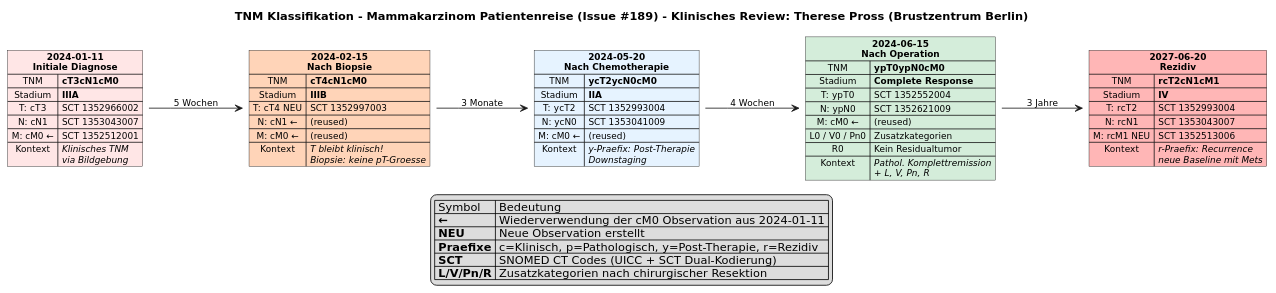
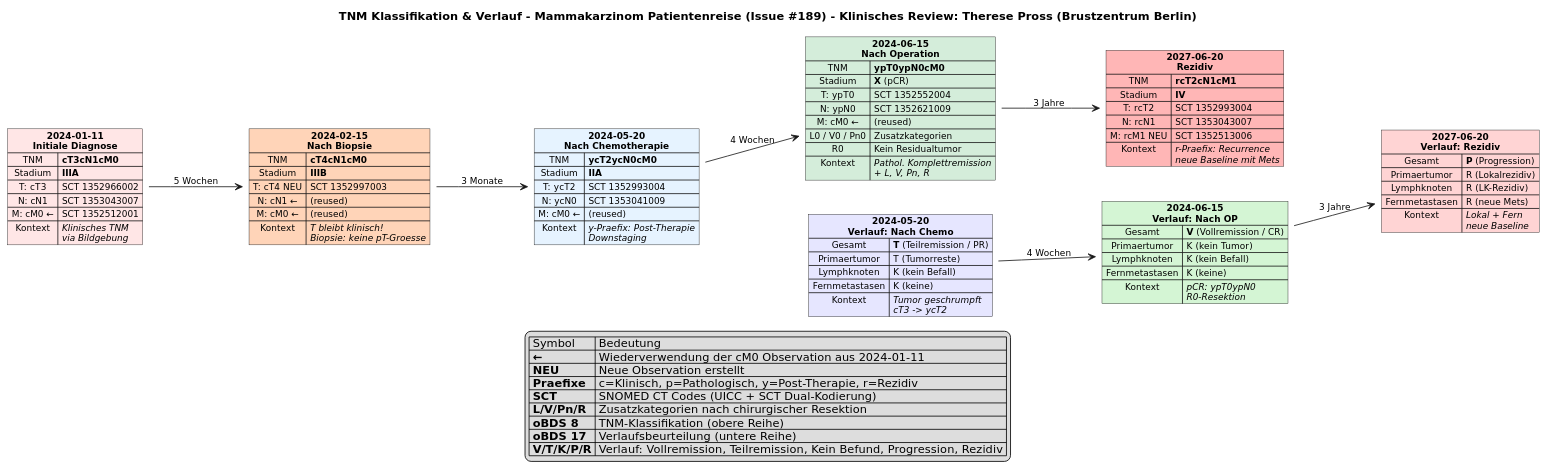
One commit to medizininformatik-initiative/kerndatensatzmodul-onkologie changed the diagram in input/images-source/tnm-breast-cancer-journey.puml. Above: the diagram before and after it, drawn with PlantUML. The commit also changed 8 other files, not shown here.

First line of the commit message:
feat: add TNM-to-text reference script and Verlauf examples (#271, #189)

```diff
--- a/input/images-source/tnm-breast-cancer-journey.puml
+++ b/input/images-source/tnm-breast-cancer-journey.puml
@@ -1,79 +1,125 @@
 @startuml TNM_Breast_Cancer_Journey
 
 left to right direction
 
 <style>
 title {
   FontSize 14
   FontStyle bold
 }
 </style>
 
 skinparam defaultFontSize 11
 skinparam defaultFontName "DejaVu Sans"
 skinparam shadowing false
 
-title TNM Klassifikation - Mammakarzinom Patientenreise (Issue #189) - Klinisches Review: Therese Pross (Brustzentrum Berlin)
+title TNM Klassifikation & Verlauf - Mammakarzinom Patientenreise (Issue #189) - Klinisches Review: Therese Pross (Brustzentrum Berlin)
+
+' ============================================
+' TNM STAGING (oBDS Kapitel 8)
+' ============================================
 
 map "**2024-01-11**\n**Initiale Diagnose**" as TP1 #FFE6E6 {
   TNM => **cT3cN1cM0**
   Stadium => **IIIA**
   T: cT3 => SCT 1352966002
   N: cN1 => SCT 1353043007
   M: cM0 <U+2190> => SCT 1352512001
   Kontext => //Klinisches TNM//\n//via Bildgebung//
 }
 
 map "**2024-02-15**\n**Nach Biopsie**" as TP2 #FFD4B8 {
   TNM => **cT4cN1cM0**
   Stadium => **IIIB**
   T: cT4 NEU => SCT 1352997003
   N: cN1 <U+2190> => (reused)
   M: cM0 <U+2190> => (reused)
   Kontext => //T bleibt klinisch!//\n//Biopsie: keine pT-Groesse//
 }
 
 map "**2024-05-20**\n**Nach Chemotherapie**" as TP3 #E6F3FF {
   TNM => **ycT2ycN0cM0**
   Stadium => **IIA**
   T: ycT2 => SCT 1352993004
   N: ycN0 => SCT 1353041009
   M: cM0 <U+2190> => (reused)
   Kontext => //y-Praefix: Post-Therapie//\n//Downstaging//
 }
 
 map "**2024-06-15**\n**Nach Operation**" as TP4 #D4EDDA {
   TNM => **ypT0ypN0cM0**
-  Stadium => **Complete Response**
+  Stadium => **X** (pCR)
   T: ypT0 => SCT 1352552004
   N: ypN0 => SCT 1352621009
   M: cM0 <U+2190> => (reused)
   L0 / V0 / Pn0 => Zusatzkategorien
   R0 => Kein Residualtumor
   Kontext => //Pathol. Komplettremission//\n//+ L, V, Pn, R//
 }
 
 map "**2027-06-20**\n**Rezidiv**" as TP5 #FFB6B6 {
   TNM => **rcT2cN1cM1**
   Stadium => **IV**
   T: rcT2 => SCT 1352993004
   N: rcN1 => SCT 1353043007
   M: rcM1 NEU => SCT 1352513006
   Kontext => //r-Praefix: Recurrence//\n//neue Baseline mit Mets//
 }
 
 TP1 --> TP2 : 5 Wochen
 TP2 --> TP3 : 3 Monate
 TP3 --> TP4 : 4 Wochen
 TP4 --> TP5 : 3 Jahre
 
+' ============================================
+' VERLAUF / RESPONSE (oBDS Kapitel 17)
+' ============================================
+
+map "**2024-05-20**\n**Verlauf: Nach Chemo**" as VL1 #E6E6FF {
+  Gesamt => **T** (Teilremission / PR)
+  Primaertumor => T (Tumorreste)
+  Lymphknoten => K (kein Befall)
+  Fernmetastasen => K (keine)
+  Kontext => //Tumor geschrumpft//\n//cT3 -> ycT2//
+}
+
+map "**2024-06-15**\n**Verlauf: Nach OP**" as VL2 #D4F5D4 {
+  Gesamt => **V** (Vollremission / CR)
+  Primaertumor => K (kein Tumor)
+  Lymphknoten => K (kein Befall)
+  Fernmetastasen => K (keine)
+  Kontext => //pCR: ypT0ypN0//\n//R0-Resektion//
+}
+
+map "**2027-06-20**\n**Verlauf: Rezidiv**" as VL3 #FFD4D4 {
+  Gesamt => **P** (Progression)
+  Primaertumor => R (Lokalrezidiv)
+  Lymphknoten => R (LK-Rezidiv)
+  Fernmetastasen => R (neue Mets)
+  Kontext => //Lokal + Fern//\n//neue Baseline//
+}
+
+VL1 --> VL2 : 4 Wochen
+VL2 --> VL3 : 3 Jahre
+
+' ============================================
+' VERTICAL ALIGNMENT: TNM <-> Verlauf
+' ============================================
+
+TP3 -[hidden]-> VL1
+TP4 -[hidden]-> VL2
+TP5 -[hidden]-> VL3
+
 legend bottom
   | Symbol | Bedeutung |
   | **<U+2190>** | Wiederverwendung der cM0 Observation aus 2024-01-11 |
   | **NEU** | Neue Observation erstellt |
   | **Praefixe** | c=Klinisch, p=Pathologisch, y=Post-Therapie, r=Rezidiv |
   | **SCT** | SNOMED CT Codes (UICC + SCT Dual-Kodierung) |
   | **L/V/Pn/R** | Zusatzkategorien nach chirurgischer Resektion |
+  | **oBDS 8** | TNM-Klassifikation (obere Reihe) |
+  | **oBDS 17** | Verlaufsbeurteilung (untere Reihe) |
+  | **V/T/K/P/R** | Verlauf: Vollremission, Teilremission, Kein Befund, Progression, Rezidiv |
 end legend
 
 @enduml
```
